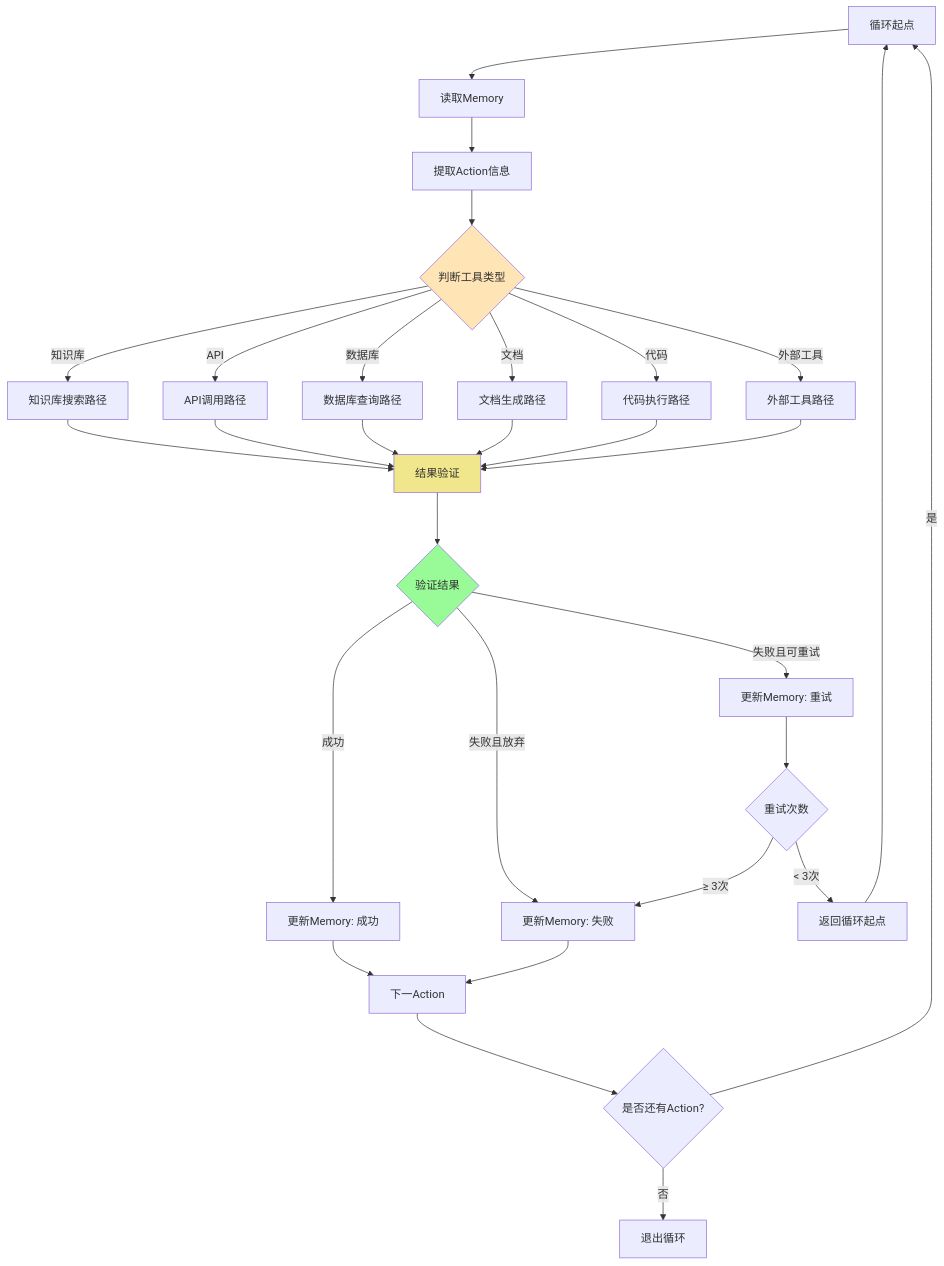
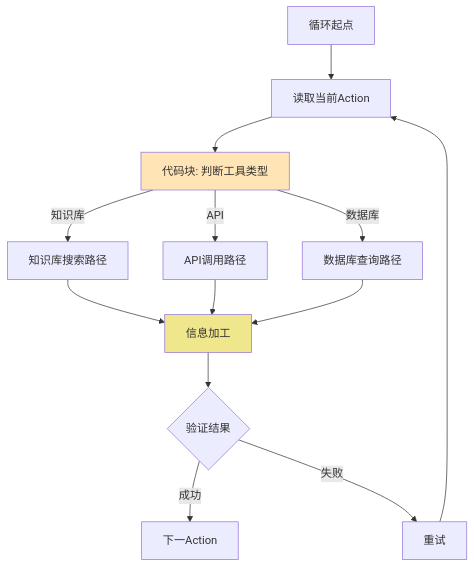
The second of 5 diagrams in Lesson-01/resources/示例代码/ReAct在灵知平台的实现方案.md (Sonnet0524/AI-Lesson-Training), drawn with Mermaid before and after one commit. The commit also changed other lines of this file, not shown here.

````diff
--- a/Lesson-01/resources/示例代码/ReAct在灵知平台的实现方案.md
+++ b/Lesson-01/resources/示例代码/ReAct在灵知平台的实现方案.md
@@ -241,42 +201,22 @@
 ```mermaid
 graph TB
-    Start[循环起点] --> Read[读取Memory]
-    Read --> Extract[提取Action信息]
-    Extract --> Judge{判断工具类型}
+    Start[循环起点] --> Read[读取当前Action]
+    Read --> Judge[代码块: 判断工具类型]
     
     Judge -->|知识库| KB[知识库搜索路径]
     Judge -->|API| API[API调用路径]
     Judge -->|数据库| DB[数据库查询路径]
-    Judge -->|文档| DOC[文档生成路径]
-    Judge -->|代码| CODE[代码执行路径]
-    Judge -->|外部工具| TOOL[外部工具路径]
     
-    KB --> Validate[结果验证]
-    API --> Validate
-    DB --> Validate
-    DOC --> Validate
-    CODE --> Validate
-    TOOL --> Validate
+    KB --> Process[信息加工]
+    API --> Process
+    DB --> Process
     
-    Validate --> CheckResult{验证结果}
-    CheckResult -->|成功| UpdateSuccess[更新Memory: 成功]
-    CheckResult -->|失败且可重试| UpdateRetry[更新Memory: 重试]
-    CheckResult -->|失败且放弃| UpdateFail[更新Memory: 失败]
+    Process --> Check{验证结果}
+    Check -->|成功| Next[下一Action]
+    Check -->|失败| Retry[重试]
     
-    UpdateSuccess --> NextAction[下一Action]
-    UpdateFail --> NextAction
-    UpdateRetry --> CheckRetry{重试次数}
-    
-    CheckRetry -->|< 3次| BackToStart[返回循环起点]
-    CheckRetry -->|≥ 3次| UpdateFail
-    
-    NextAction --> LoopEnd{是否还有Action?}
-    LoopEnd -->|是| Start
-    LoopEnd -->|否| ExitLoop[退出循环]
-    
-    BackToStart --> Start
+    Retry --> Read
     
     style Judge fill:#FFE4B5
-    style Validate fill:#F0E68C
-    style CheckResult fill:#98FB98
+    style Process fill:#F0E68C
 ```
````
